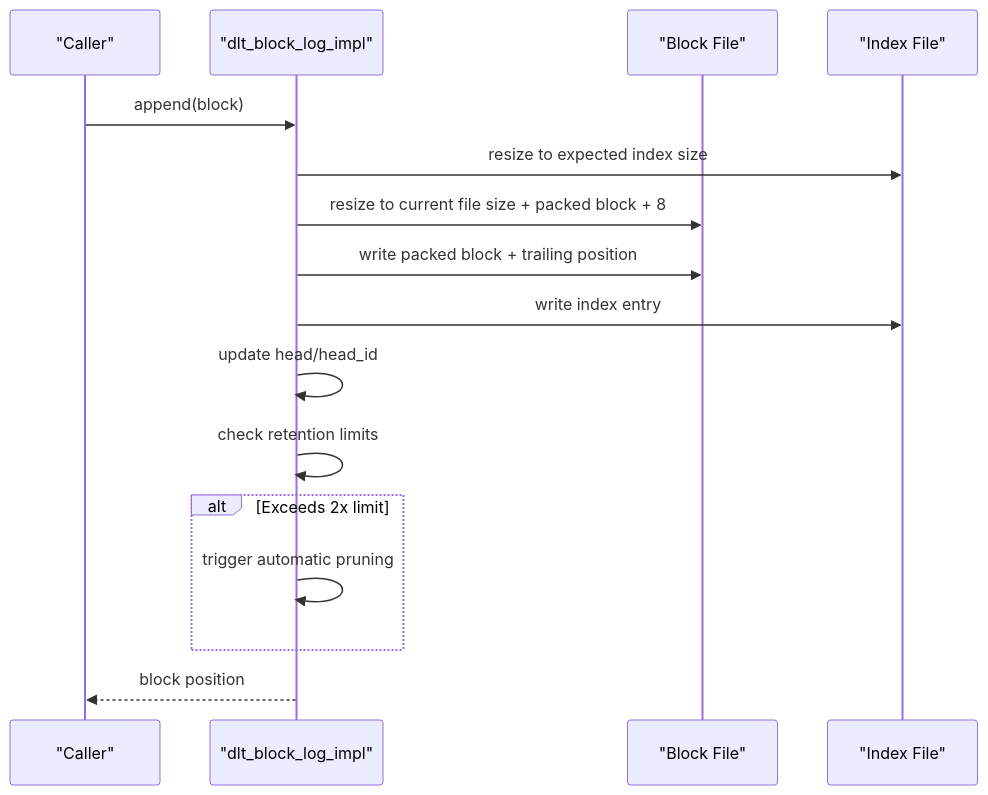
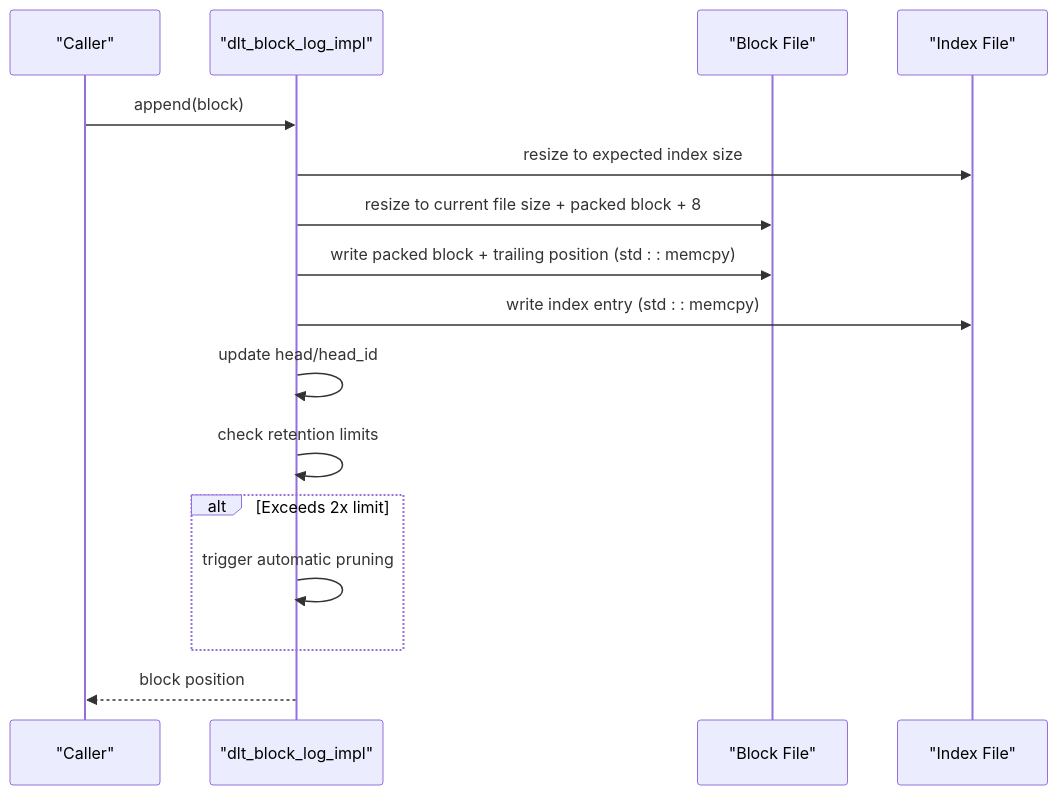
The fifth of 11 diagrams in .qoder/repowiki/en/content/Architecture Overview/Core Libraries/Chain Library/Database Management/DLT Rolling Block Log.md (VIZ-Blockchain/viz-cpp-node), drawn with Mermaid before and after one commit. The commit also changed other lines of this file and 5 other files, not shown here.

First line of the commit message:
perf(dlt_block_log): improve memory safety and crash recovery

````diff
--- a/.qoder/repowiki/en/content/Architecture Overview/Core Libraries/Chain Library/Database Management/DLT Rolling Block Log.md
+++ b/.qoder/repowiki/en/content/Architecture Overview/Core Libraries/Chain Library/Database Management/DLT Rolling Block Log.md
@@ -236,18 +244,18 @@
 ```mermaid
 sequenceDiagram
 participant Client as "Caller"
 participant DLT as "dlt_block_log_impl"
 participant BF as "Block File"
 participant IF as "Index File"
 Client->>DLT : append(block)
 DLT->>IF : resize to expected index size
 DLT->>BF : resize to current file size + packed block + 8
-DLT->>BF : write packed block + trailing position
-DLT->>IF : write index entry
+DLT->>BF : write packed block + trailing position (std : : memcpy)
+DLT->>IF : write index entry (std : : memcpy)
 DLT->>DLT : update head/head_id
 DLT->>DLT : check retention limits
 alt Exceeds 2x limit
 DLT->>DLT : trigger automatic pruning
 end
 DLT-->>Client : block position
 ```
````
